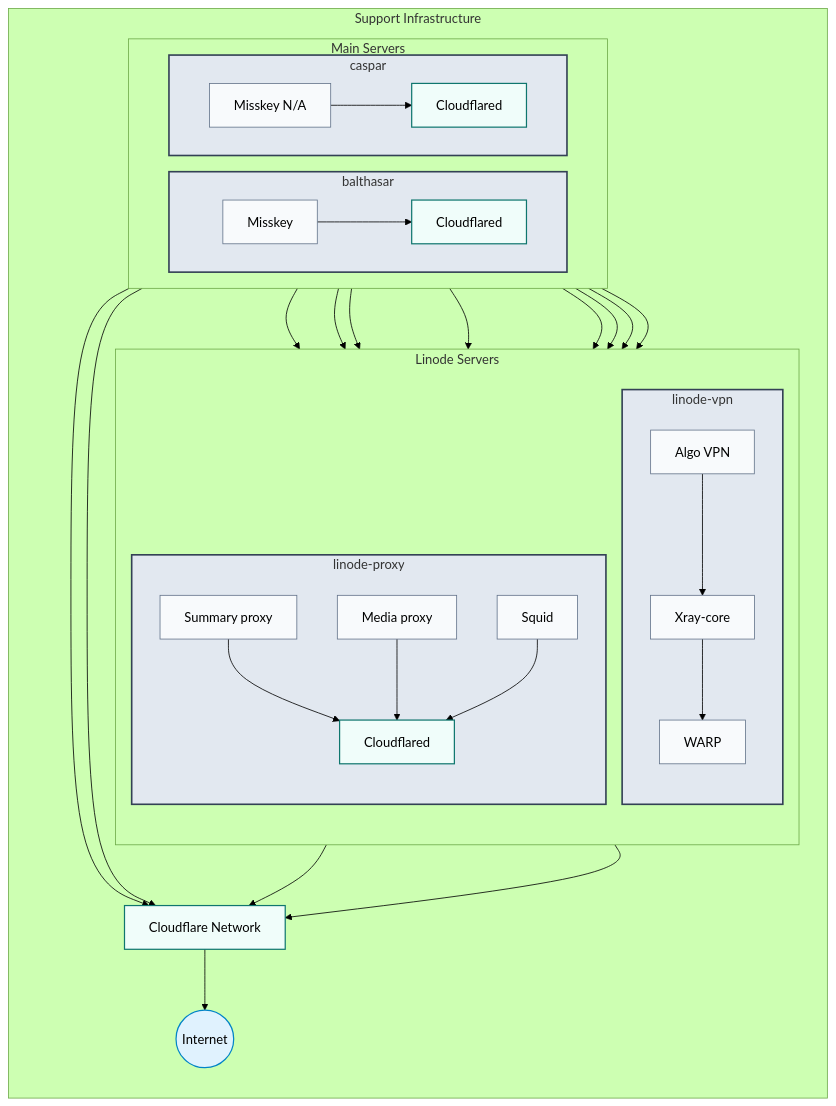
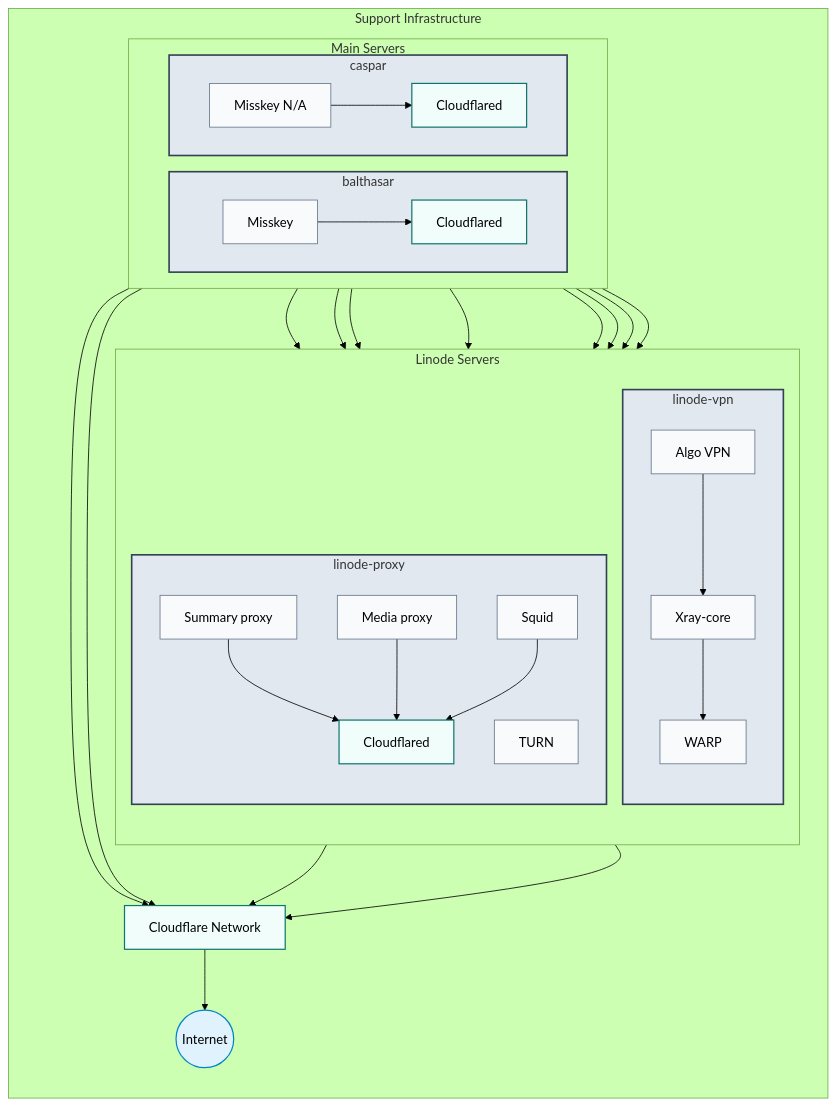
The third of 3 diagrams in README.md (yamisskey-dev/hosted-list), drawn with Mermaid (forest theme) before and after one commit.

````diff
--- a/README.md
+++ b/README.md
@@ -170,71 +170,72 @@
 ```mermaid
 graph TB
 %% Style definitions
 classDef homeServer fill:#e2e8f0,stroke:#334155,stroke-width:2px
 classDef service fill:#f8fafc,stroke:#64748b,stroke-width:1px
 classDef security fill:#fee2e2,stroke:#991b1b,stroke-width:1px
 classDef cloudflare fill:#f0fdfa,stroke:#0f766e,stroke-width:1.5px
 classDef internet fill:#e0f2fe,stroke:#0284c7,stroke-width:1.5px
 %% Support Infrastructure with connections to main servers
 subgraph support[Support Infrastructure]
     direction TB
     
     subgraph linode[Linode Servers]
         direction TB
         
         subgraph vpn[linode-vpn]
             algo[Algo VPN]:::security
             xray[Xray-core]:::security
             warp[WARP]:::security
         end
         
         subgraph proxy[linode-proxy]
             summaryproxy[Summary proxy]:::service
             mediaproxy[Media proxy]:::service
+            coturn[TURN]:::service
             squid[Squid]:::security
             cloudflared_proxy[Cloudflared]:::cloudflare
         end
     end
     
     %% Main server references with their social services
     subgraph main_servers[Main Servers]
         direction LR
         
         subgraph balthasar[balthasar]
             yamisskey[Misskey]:::service
             cloudflared_b[Cloudflared]:::cloudflare
         end
         
         subgraph caspar[caspar]
             nayamisskey[Misskey N/A]:::service
             cloudflared_c[Cloudflared]:::cloudflare
         end
     end
     
     %% External networks
     cloudflare_network[Cloudflare Network]:::cloudflare
     internet((Internet)):::internet
 end
 %% Connections to proxies
 yamisskey --> summaryproxy & mediaproxy
 yamisskey --> squid
 nayamisskey --> summaryproxy & mediaproxy
 nayamisskey --> squid
 %% Direct connections from Misskey to Cloudflared
 yamisskey --> cloudflared_b
 nayamisskey --> cloudflared_c
 %% VPN traffic flow
 balthasar & caspar --> algo --> xray --> warp
 %% Cloudflare connections
 cloudflared_b & cloudflared_c --> cloudflare_network
 cloudflared_proxy --> cloudflare_network
 cloudflare_network --> internet
 %% Proxy service connections to Cloudflared
 summaryproxy & mediaproxy & squid --> cloudflared_proxy
 %% WARP goes through Cloudflare Network
 warp --> cloudflare_network
 %% Apply styles
 class balthasar,caspar,vpn,proxy homeServer
 class yamisskey,nayamisskey,algo,xray,warp,summaryproxy,mediaproxy,squid service
 class cloudflared_b,cloudflared_c,cloudflared_proxy,cloudflare_network cloudflare
 ```
````
